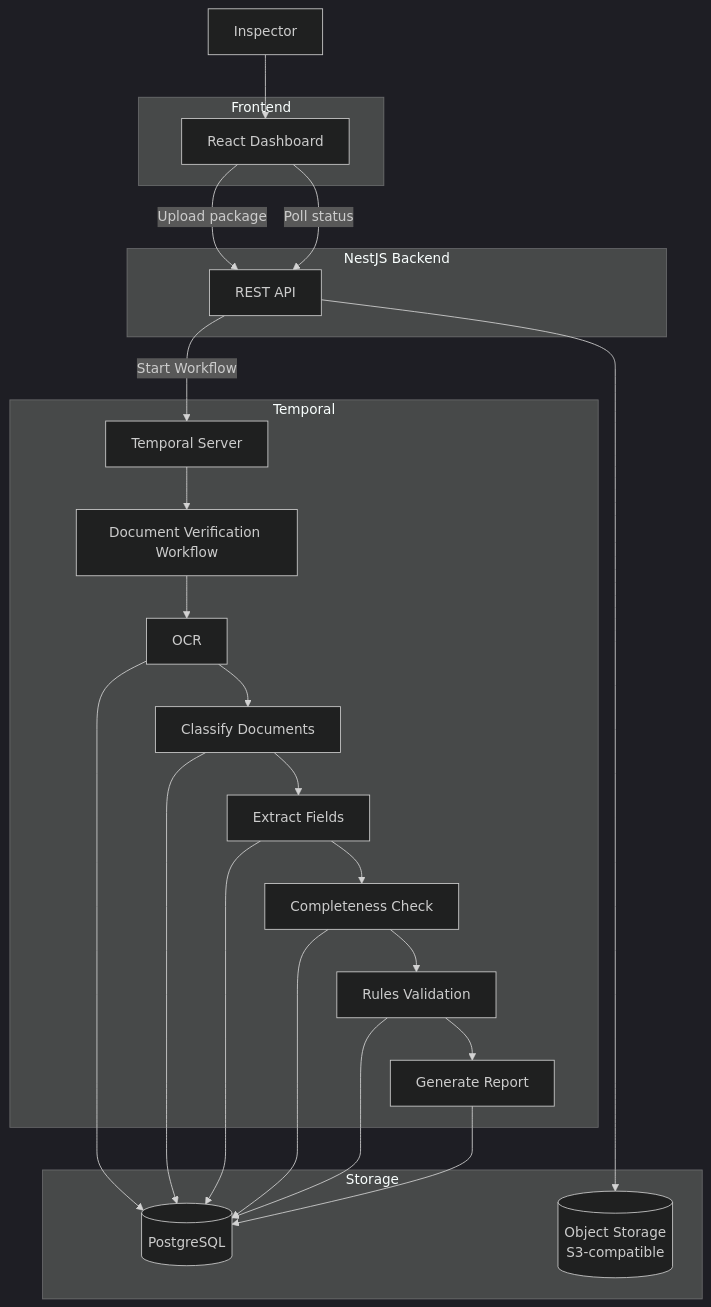
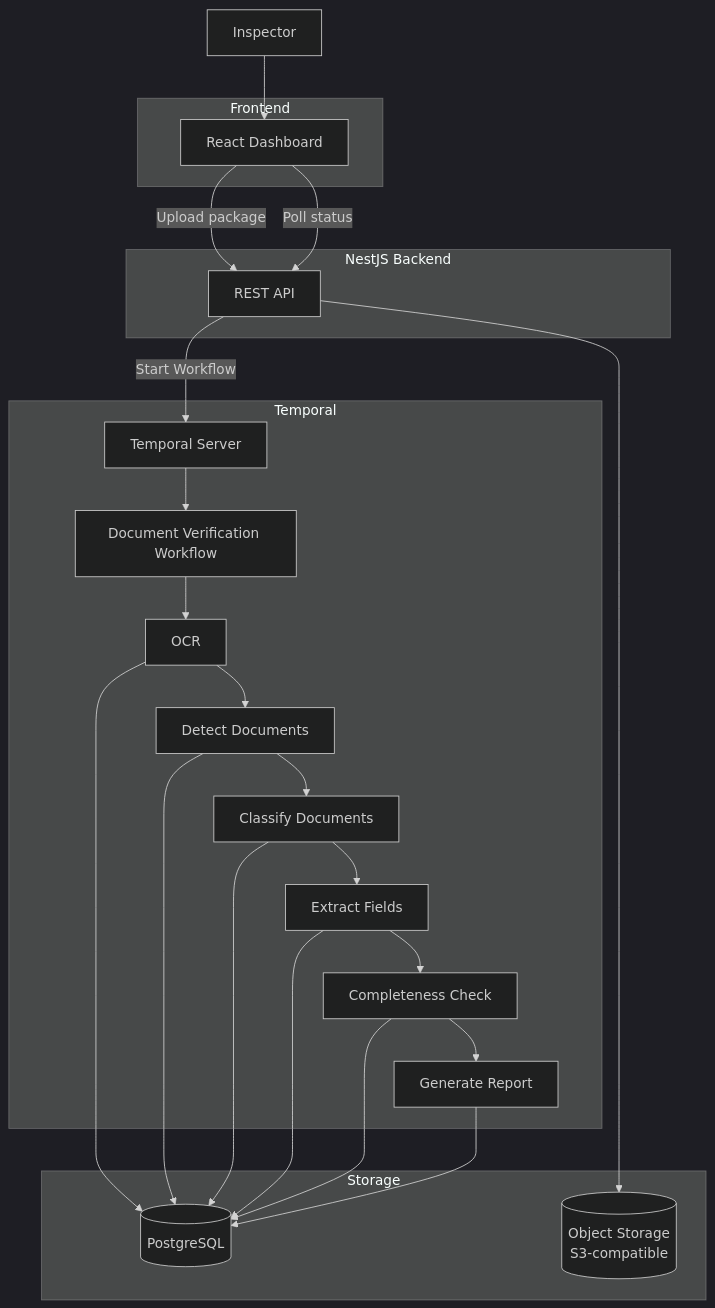
The diagram in docs/PRD.md (AIShrugged/AZ-Cadastre), drawn with Mermaid (dark theme) before and after one commit. The commit also changed other lines of this file and 47 other files, not shown here.

````diff
--- a/docs/PRD.md
+++ b/docs/PRD.md
@@ -322,54 +343,54 @@
 ```mermaid
 flowchart TD
 User[Inspector]
 
     subgraph Frontend
         UI[React Dashboard]
     end
 
     subgraph Backend[NestJS Backend]
         API[REST API]
     end
 
     subgraph Workflow[Temporal]
         TS[Temporal Server]
 
         WF[Document Verification Workflow]
 
         A1[OCR]
-        A2[Classify Documents]
-        A3[Extract Fields]
-        A4[Completeness Check]
-        A5[Rules Validation]
+        A2[Detect Documents]
+        A3[Classify Documents]
+        A4[Extract Fields]
+        A5[Completeness Check]
         A6[Generate Report]
     end
 
     subgraph Storage
         DB[(PostgreSQL)]
         OBJ[(Object Storage\nS3-compatible)]
     end
 
     User --> UI
 
     UI -->|Upload package| API
     UI -->|Poll status| API
 
     API --> OBJ
     API -->|Start Workflow| TS
 
     TS --> WF
 
     WF --> A1
     A1 --> A2
     A2 --> A3
     A3 --> A4
     A4 --> A5
     A5 --> A6
 
     A1 --> DB
     A2 --> DB
     A3 --> DB
     A4 --> DB
     A5 --> DB
     A6 --> DB
 ```
````
